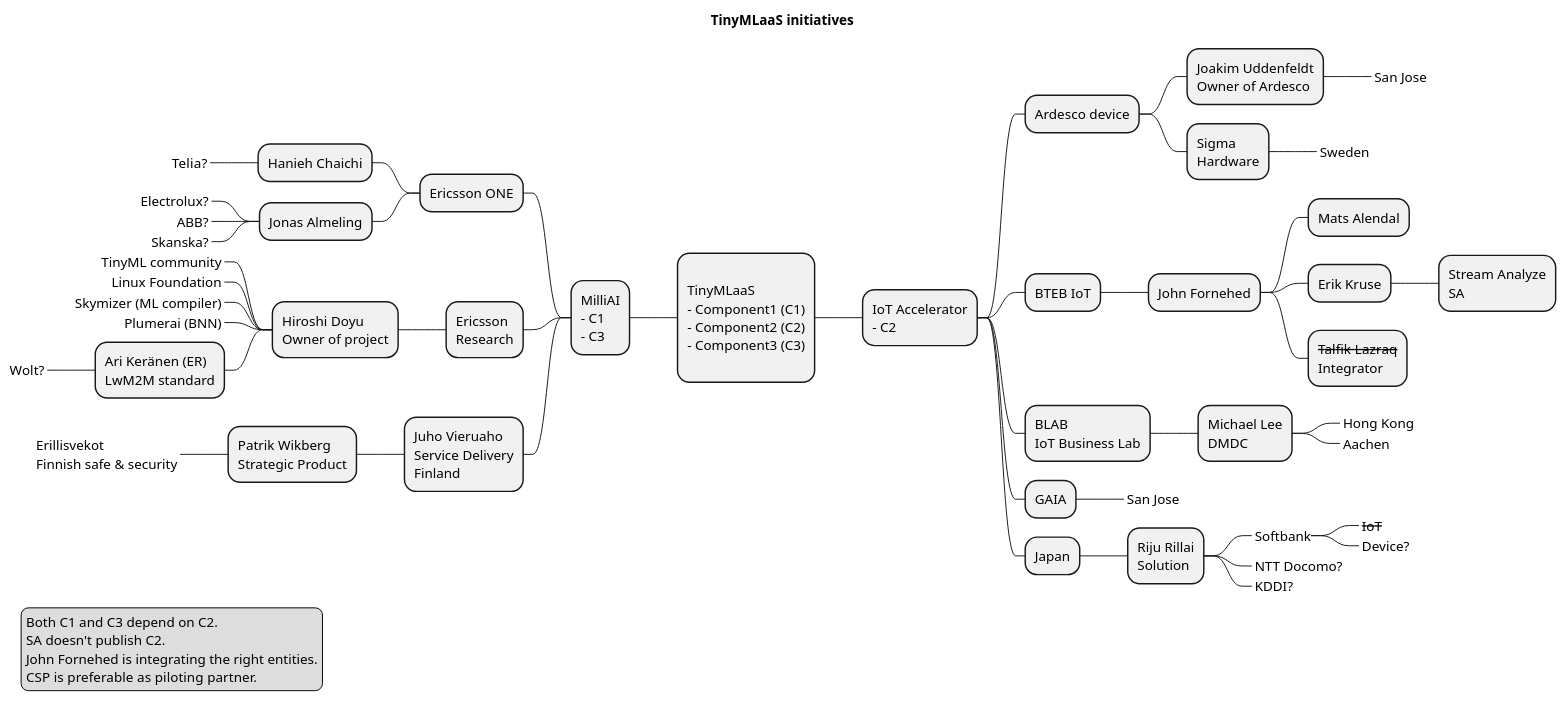
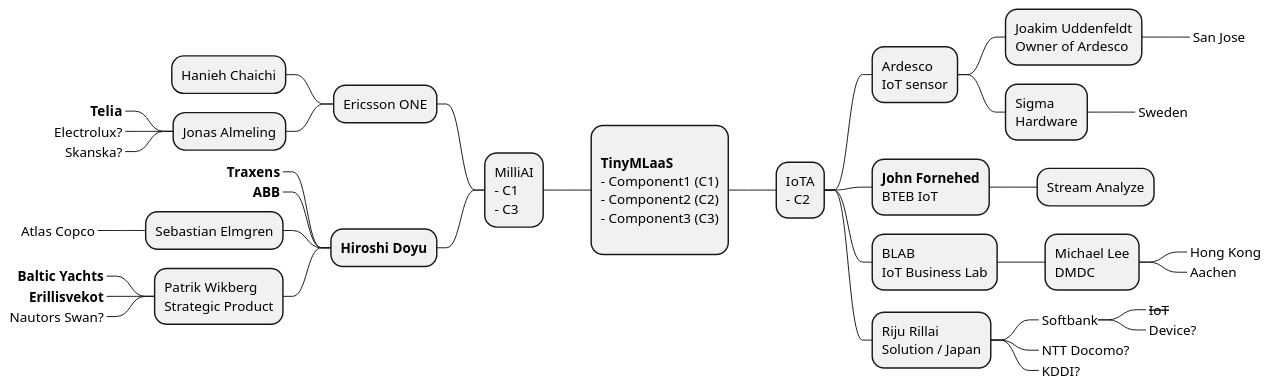
One commit to doyu/elc2019 changed the diagram in stakeholders.puml. Above: the diagram before and after it, drawn with PlantUML. The commit also changed 1 other file, not shown here.

```diff
--- a/stakeholders.puml
+++ b/stakeholders.puml
@@ -1,58 +1,40 @@
 @startmindmap
+scale max 2048 width
 
-title TinyMLaaS initiatives
-
-+ \nTinyMLaaS\n- Component1 (C1)\n- Component2 (C2)\n- Component3 (C3)\n
++ \n**TinyMLaaS**\n- Component1 (C1)\n- Component2 (C2)\n- Component3 (C3)\n
 -- MilliAI\n- C1\n- C3
 --- Ericsson ONE
 ---- Hanieh Chaichi
------_ Telia?
 ---- Jonas Almeling
+-----_ **Telia**
 -----_ Electrolux?
------_ ABB?
 -----_ Skanska?
---- Ericsson\nResearch
----- Hiroshi Doyu\nOwner of project
------_ TinyML community
------_ Linux Foundation
------_ Skymizer (ML compiler)
------_ Plumerai (BNN)
------ Ari Keränen (ER)\nLwM2M standard
-------_ Wolt?
---- Juho Vieruaho\nService Delivery\nFinland
+--- **Hiroshi Doyu**
+----_ **Traxens**
+----_ **ABB**
+---- Sebastian Elmgren
+-----_ Atlas Copco
 ---- Patrik Wikberg\nStrategic Product
------_ Erillisvekot\nFinnish safe & security
-++ IoT Accelerator\n- C2
-+++ Ardesco device
+-----_ **Baltic Yachts**
+-----_ **Erillisvekot**
+-----_ Nautors Swan?
+++ IoTA\n- C2
++++ Ardesco\nIoT sensor
 ++++ Joakim Uddenfeldt\nOwner of Ardesco
 +++++_ San Jose
 ++++ Sigma\nHardware
 +++++_ Sweden
-+++ BTEB IoT
-++++ John Fornehed
-+++++ Mats Alendal
-+++++ Erik Kruse
-++++++ Stream Analyze\nSA
-+++++ <s>Talfik Lazraq</s>\nIntegrator
++++ **John Fornehed**\nBTEB IoT
+++++ Stream Analyze
 +++ BLAB\nIoT Business Lab
 ++++ Michael Lee\nDMDC
 +++++_ Hong Kong
 +++++_ Aachen
-+++ GAIA
-++++_ San Jose
-+++ Japan
-++++ Riju Rillai\nSolution
-+++++_ Softbank
-++++++_ <s>IoT</s>
-++++++_ Device?
-+++++_ NTT Docomo?
-+++++_ KDDI?
-
-legend left
-Both C1 and C3 depend on C2.
-SA doesn't publish C2.
-John Fornehed is integrating the right entities.
-CSP is preferable as piloting partner.
-endlegend
++++ Riju Rillai\nSolution / Japan
+++++_ Softbank
++++++_ <s>IoT</s>
++++++_ Device?
+++++_ NTT Docomo?
+++++_ KDDI?
 
 @endmindmap
```
